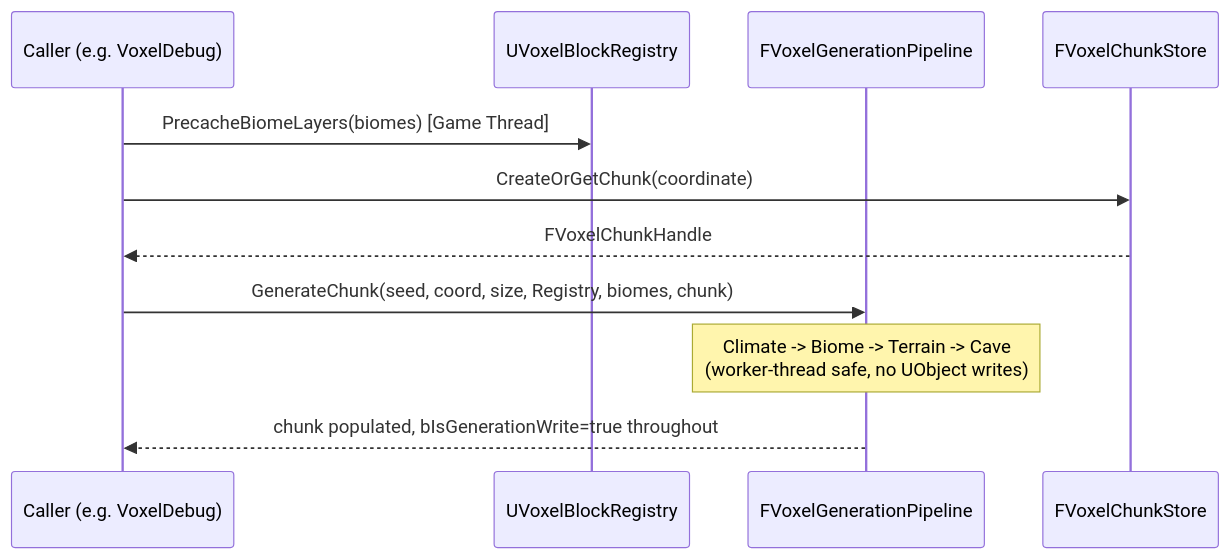
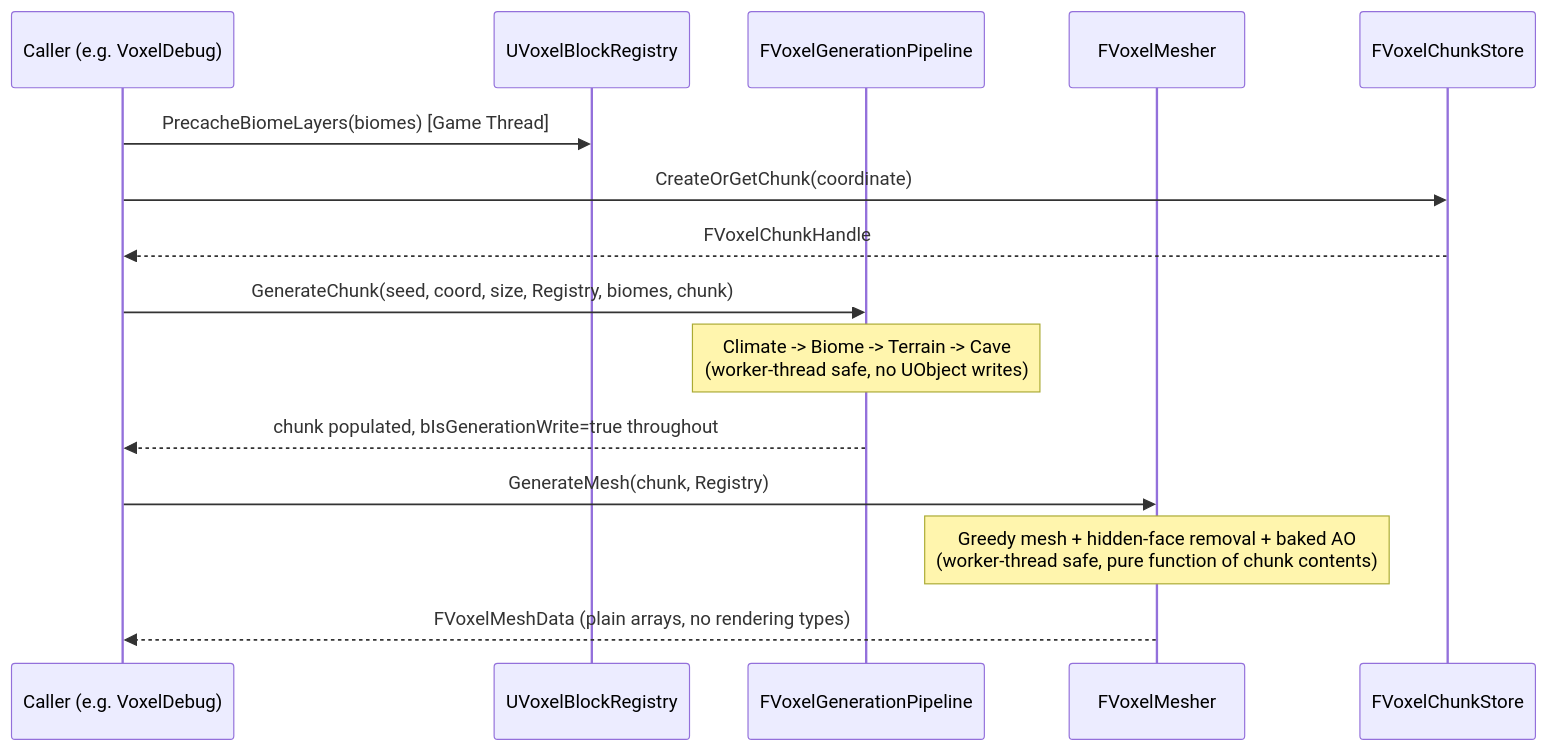
The diagram in Docs/API_REFERENCE.md (Jaiminsinh-Dodiya/VoxelFramework-UE5), drawn with Mermaid before and after one commit. The commit also changed other lines of this file and 3 other files, not shown here.

````diff
--- a/Docs/API_REFERENCE.md
+++ b/Docs/API_REFERENCE.md
@@ -259,14 +307,18 @@
 ```mermaid
 sequenceDiagram
     participant User as Caller (e.g. VoxelDebug)
     participant Registry as UVoxelBlockRegistry
     participant Pipeline as FVoxelGenerationPipeline
+    participant Mesher as FVoxelMesher
     participant Store as FVoxelChunkStore
 
     User->>Registry: PrecacheBiomeLayers(biomes)  [Game Thread]
     User->>Store: CreateOrGetChunk(coordinate)
     Store-->>User: FVoxelChunkHandle
     User->>Pipeline: GenerateChunk(seed, coord, size, Registry, biomes, chunk)
     Note over Pipeline: Climate -> Biome -> Terrain -> Cave<br/>(worker-thread safe, no UObject writes)
     Pipeline-->>User: chunk populated, bIsGenerationWrite=true throughout
+    User->>Mesher: GenerateMesh(chunk, Registry)
+    Note over Mesher: Greedy mesh + hidden-face removal + baked AO<br/>(worker-thread safe, pure function of chunk contents)
+    Mesher-->>User: FVoxelMeshData (plain arrays, no rendering types)
 ```
````
